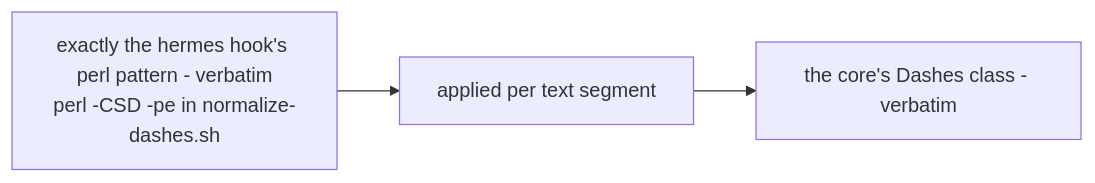
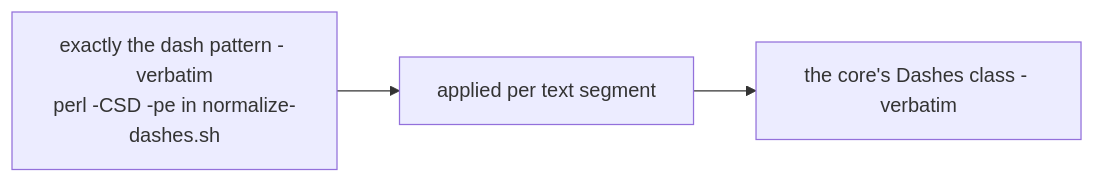
The diagram in Source/Content/Mermaid/dash-transform.mmd (PlayForm/Site-DeepSeek), drawn with Mermaid before and after one commit. The commit also changed 48 other files, not shown here.

```diff
--- a/Source/Content/Mermaid/dash-transform.mmd
+++ b/Source/Content/Mermaid/dash-transform.mmd
@@ -1,5 +1,5 @@
 flowchart LR
-	PATTERN["exactly the hermes hook's perl pattern - verbatim<br/>perl -CSD -pe in normalize-dashes.sh"]
+	PATTERN["exactly the dash pattern - verbatim<br/>perl -CSD -pe in normalize-dashes.sh"]
 	SEG["applied per text segment"]
 	CORE["the core's Dashes class - verbatim"]
 	PATTERN --> SEG --> CORE
```
